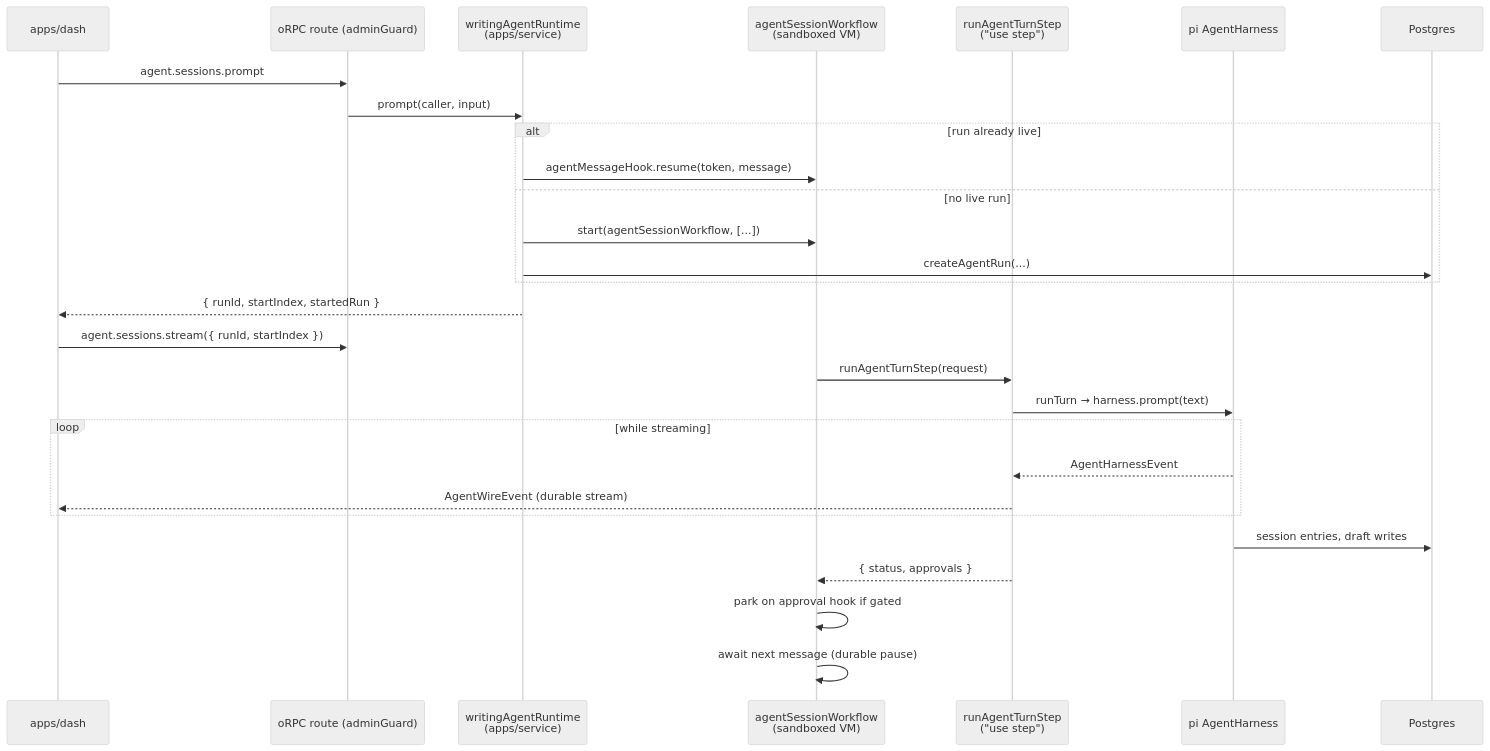
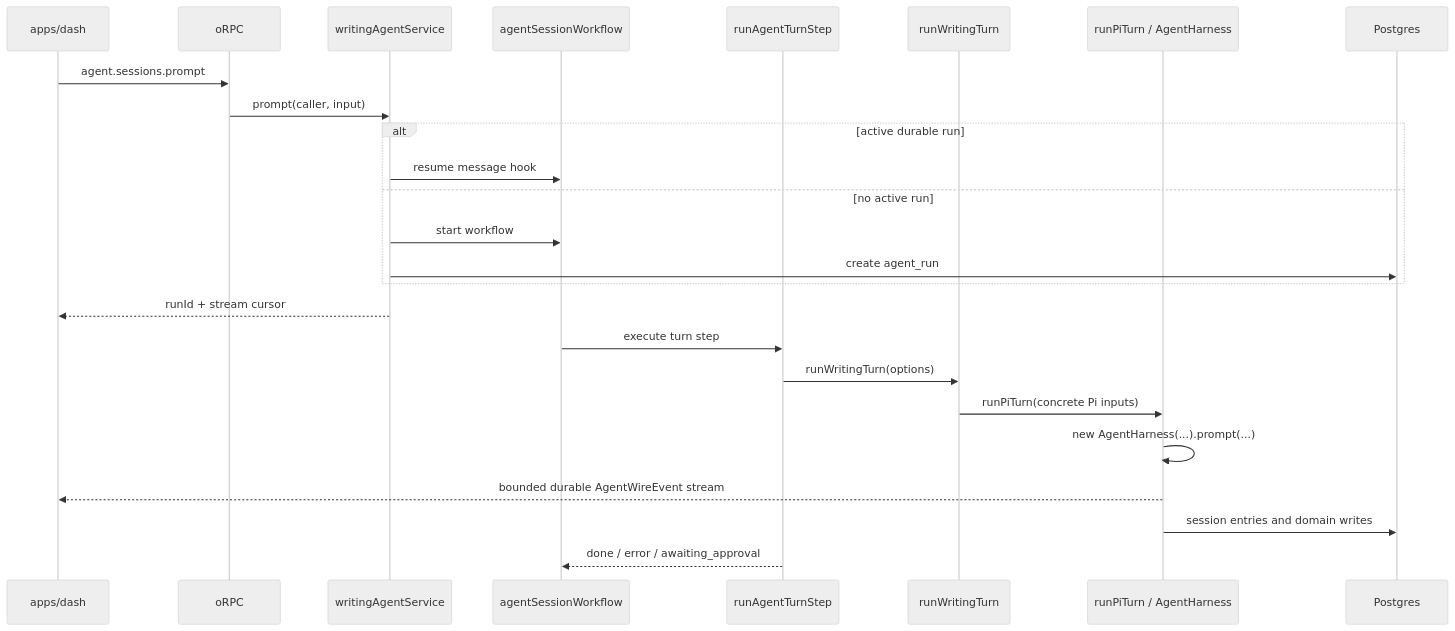
One commit to Chia1104/chia1104.dev changed the second of 3 diagrams in docs/agent-architecture.md. Above: the diagram before and after it, drawn with Mermaid (neutral theme). The commit also changed other lines of this file and 69 other files, not shown here.

Commit message:
refactor(agent): simplify agent harness architecture

````diff
--- a/docs/agent-architecture.md
+++ b/docs/agent-architecture.md
@@ -129,32 +89,28 @@
 ```mermaid
 sequenceDiagram
     participant UI as apps/dash
-    participant RPC as oRPC route (adminGuard)
-    participant RT as writingAgentRuntime<br/>(apps/service)
-    participant WF as agentSessionWorkflow<br/>(sandboxed VM)
-    participant ST as runAgentTurnStep<br/>("use step")
-    participant PI as pi AgentHarness
+    participant RPC as oRPC
+    participant SVC as writingAgentService
+    participant WF as agentSessionWorkflow
+    participant STEP as runAgentTurnStep
+    participant WR as runWritingTurn
+    participant PI as runPiTurn / AgentHarness
     participant PG as Postgres
 
     UI->>RPC: agent.sessions.prompt
-    RPC->>RT: prompt(caller, input)
-    alt run already live
-        RT->>WF: agentMessageHook.resume(token, message)
-    else no live run
-        RT->>WF: start(agentSessionWorkflow, [...])
-        RT->>PG: createAgentRun(...)
+    RPC->>SVC: prompt(caller, input)
+    alt active durable run
+        SVC->>WF: resume message hook
+    else no active run
+        SVC->>WF: start workflow
+        SVC->>PG: create agent_run
     end
-    RT-->>UI: { runId, startIndex, startedRun }
-    UI->>RPC: agent.sessions.stream({ runId, startIndex })
-
-    WF->>ST: runAgentTurnStep(request)
-    ST->>PI: runTurn → harness.prompt(text)
-    loop while streaming
-        PI-->>ST: AgentHarnessEvent
-        ST-->>UI: AgentWireEvent (durable stream)
-    end
-    PI->>PG: session entries, draft writes
-    ST-->>WF: { status, approvals }
-    WF->>WF: park on approval hook if gated
-    WF->>WF: await next message (durable pause)
+    SVC-->>UI: runId + stream cursor
+    WF->>STEP: execute turn step
+    STEP->>WR: runWritingTurn(options)
+    WR->>PI: runPiTurn(concrete Pi inputs)
+    PI->>PI: new AgentHarness(...).prompt(...)
+    PI-->>UI: bounded durable AgentWireEvent stream
+    PI->>PG: session entries and domain writes
+    STEP-->>WF: done / error / awaiting_approval
 ```
````
